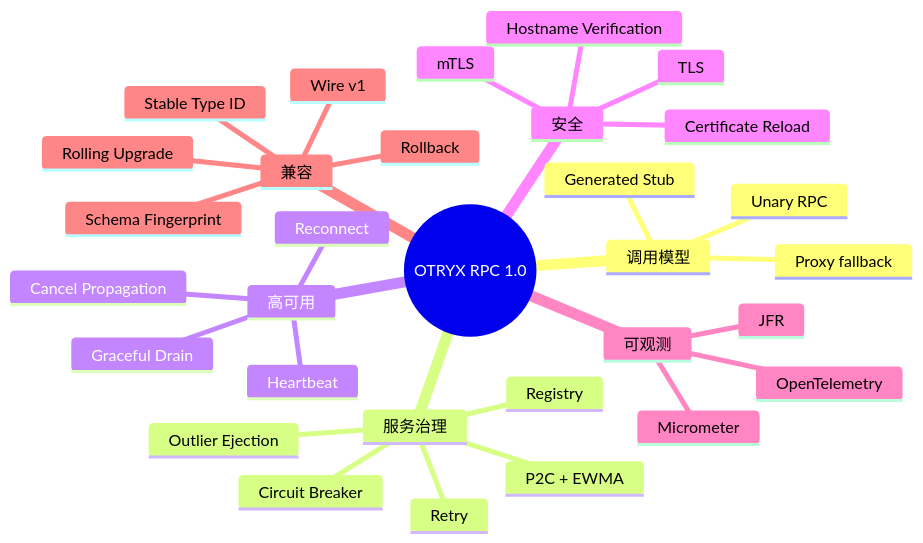
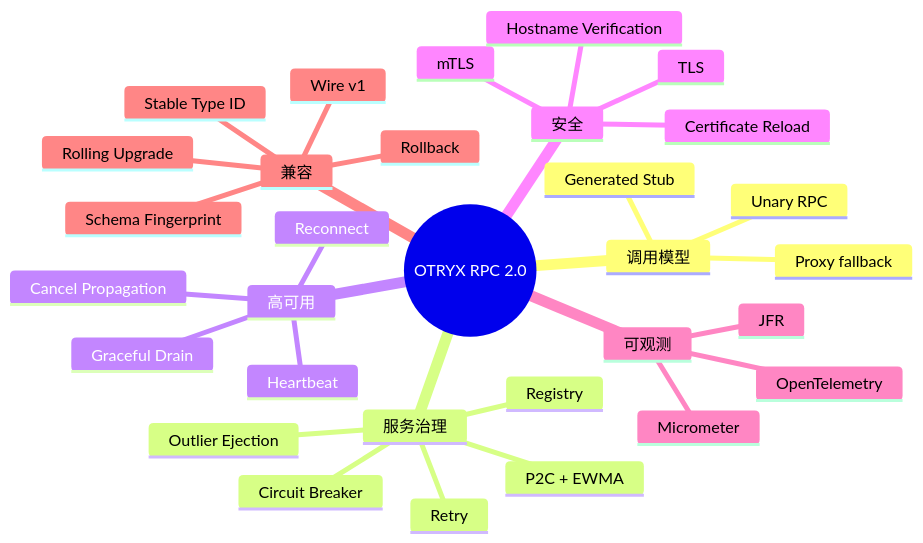
Before and after one commit to Ryan-Guizhou/peach-rpc: the diagram in docs/features.md, drawn with Mermaid. The commit also changed other lines of this file and 8 other files, not shown here.

Commit message:
docs(otryx): align active architecture and agent contracts to major API migration

````diff
--- a/docs/features.md
+++ b/docs/features.md
@@ -7,34 +9,34 @@
 ```mermaid
 mindmap
-  root((OTRYX RPC 1.0))
+  root((OTRYX RPC 2.0))
     调用模型
       Unary RPC
       Generated Stub
       Proxy fallback
     服务治理
       Registry
       P2C + EWMA
       Retry
       Circuit Breaker
       Outlier Ejection
     高可用
       Heartbeat
       Reconnect
       Graceful Drain
       Cancel Propagation
     安全
       TLS
       mTLS
       Hostname Verification
       Certificate Reload
     可观测
       Micrometer
       OpenTelemetry
       JFR
     兼容
       Wire v1
       Stable Type ID
       Schema Fingerprint
       Rolling Upgrade
       Rollback
 ```
````
